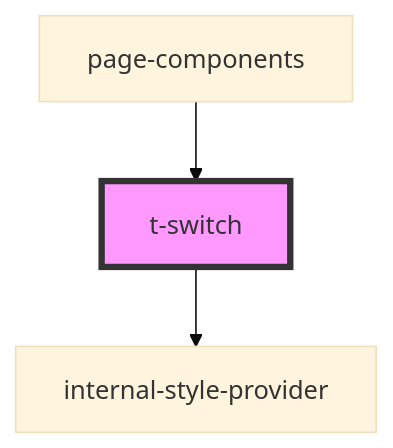
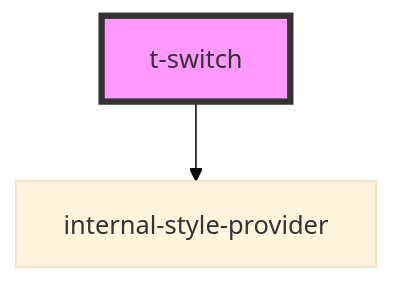
Before and after one commit to TomasEng/web-components: the diagram in packages/t-web-components/src/components/t-switch/readme.md, drawn with Mermaid (base theme). The commit also changed other lines of this file and 27 other files, not shown here.

````diff
--- a/packages/t-web-components/src/components/t-switch/readme.md
+++ b/packages/t-web-components/src/components/t-switch/readme.md
@@ -34,6 +30,5 @@
 ```mermaid
 graph TD;
   t-switch --> internal-style-provider
-  page-components --> t-switch
   style t-switch fill:#f9f,stroke:#333,stroke-width:4px
 ```
````
